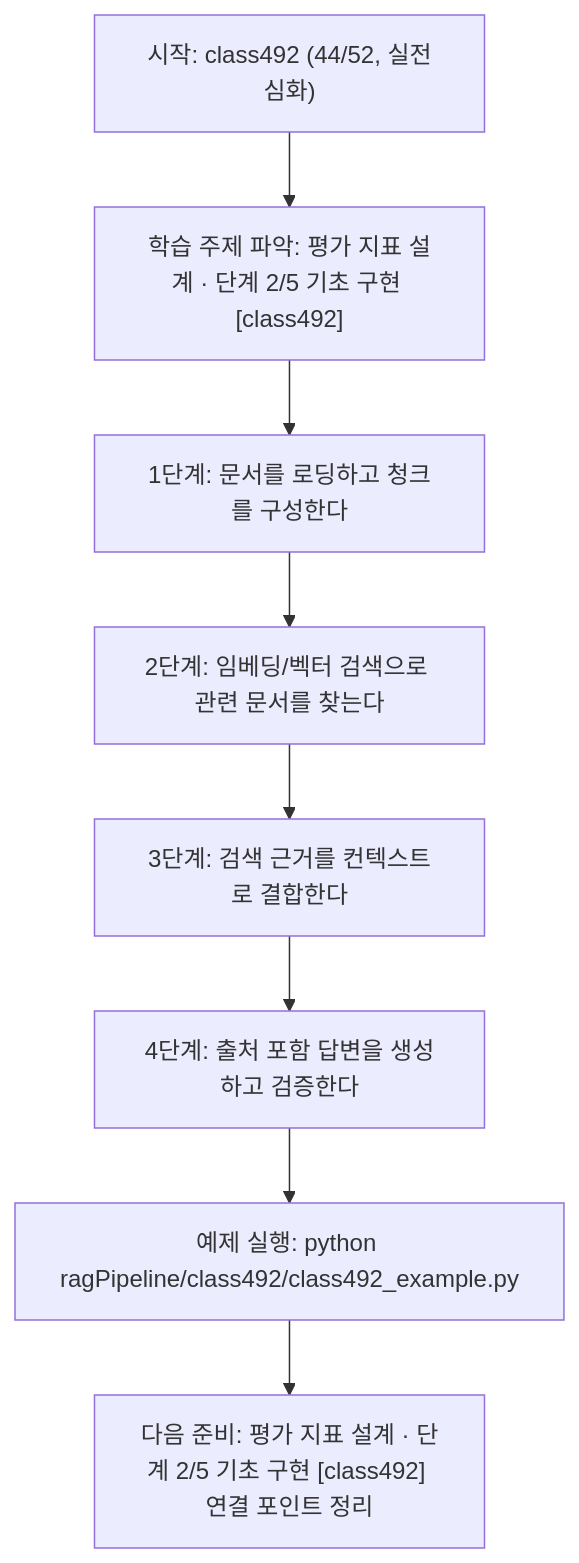
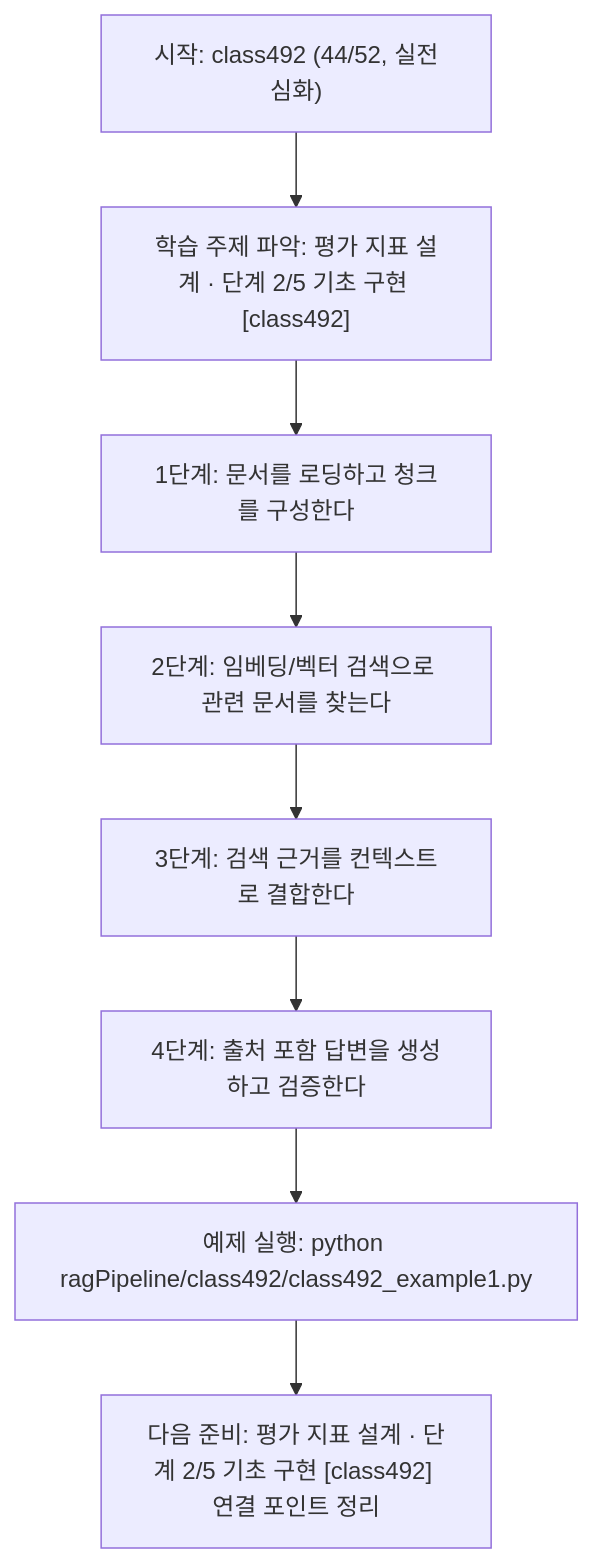
One commit to edumgt/Python-AI_Agent-Class changed the diagram in ragPipeline/class492/class492.md. Above: the diagram before and after it, drawn with Mermaid. The commit also changed other lines of this file and 2959 other files, not shown here.

````diff
--- a/ragPipeline/class492/class492.md
+++ b/ragPipeline/class492/class492.md
@@ -111,18 +111,18 @@
 ```mermaid
 flowchart TD
 N1["시작: class492 (44/52, 실전심화)"]
 N2["학습 주제 파악: 평가 지표 설계 · 단계 2/5 기초 구현 [class492]"]
 N3["1단계: 문서를 로딩하고 청크를 구성한다"]
 N4["2단계: 임베딩/벡터 검색으로 관련 문서를 찾는다"]
 N5["3단계: 검색 근거를 컨텍스트로 결합한다"]
 N6["4단계: 출처 포함 답변을 생성하고 검증한다"]
-N7["예제 실행: python ragPipeline/class492/class492_example.py"]
+N7["예제 실행: python ragPipeline/class492/class492_example1.py"]
 N8["다음 준비: 평가 지표 설계 · 단계 2/5 기초 구현 [class492] 연결 포인트 정리"]
 N1 --> N2
 N2 --> N3
 N3 --> N4
 N4 --> N5
 N5 --> N6
 N6 --> N7
 N7 --> N8
 ```
````
